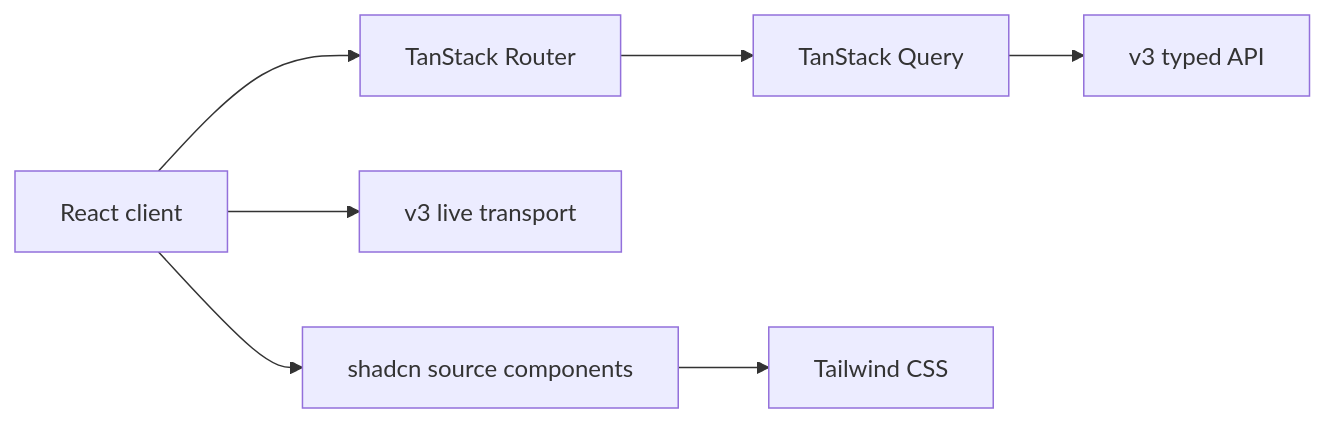
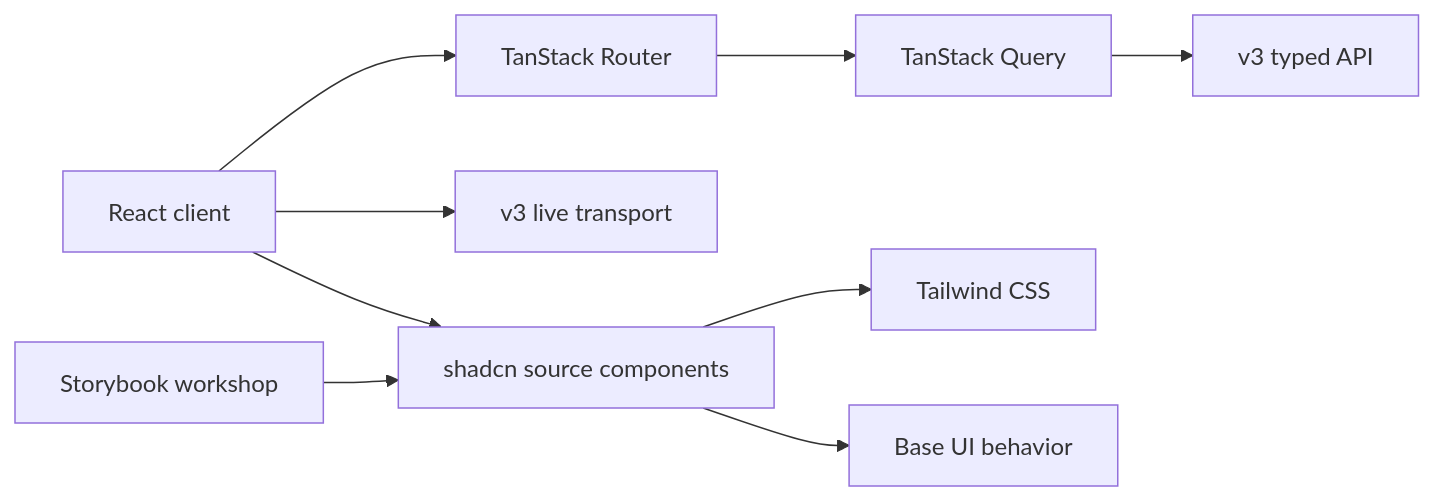
The diagram in week2_capable/observatory_v3/web/README.md (IbnouT/claude-code-camp-2026-Q2), drawn with Mermaid before and after one commit. The commit also changed other lines of this file and 37 other files, not shown here.

````diff
--- a/week2_capable/observatory_v3/web/README.md
+++ b/week2_capable/observatory_v3/web/README.md
@@ -6,17 +6,19 @@
 ```mermaid
 flowchart LR
     Browser["React client"]
     Router["TanStack Router"]
     State["TanStack Query"]
     API["v3 typed API"]
     Live["v3 live transport"]
     UI["shadcn source components"]
     Style["Tailwind CSS"]
 
     Browser --> Router
     Router --> State
     State --> API
     Browser --> Live
     Browser --> UI
     UI --> Style
+    UI --> Base["Base UI behavior"]
+    Workshop["Storybook workshop"] --> UI
 ```
````
